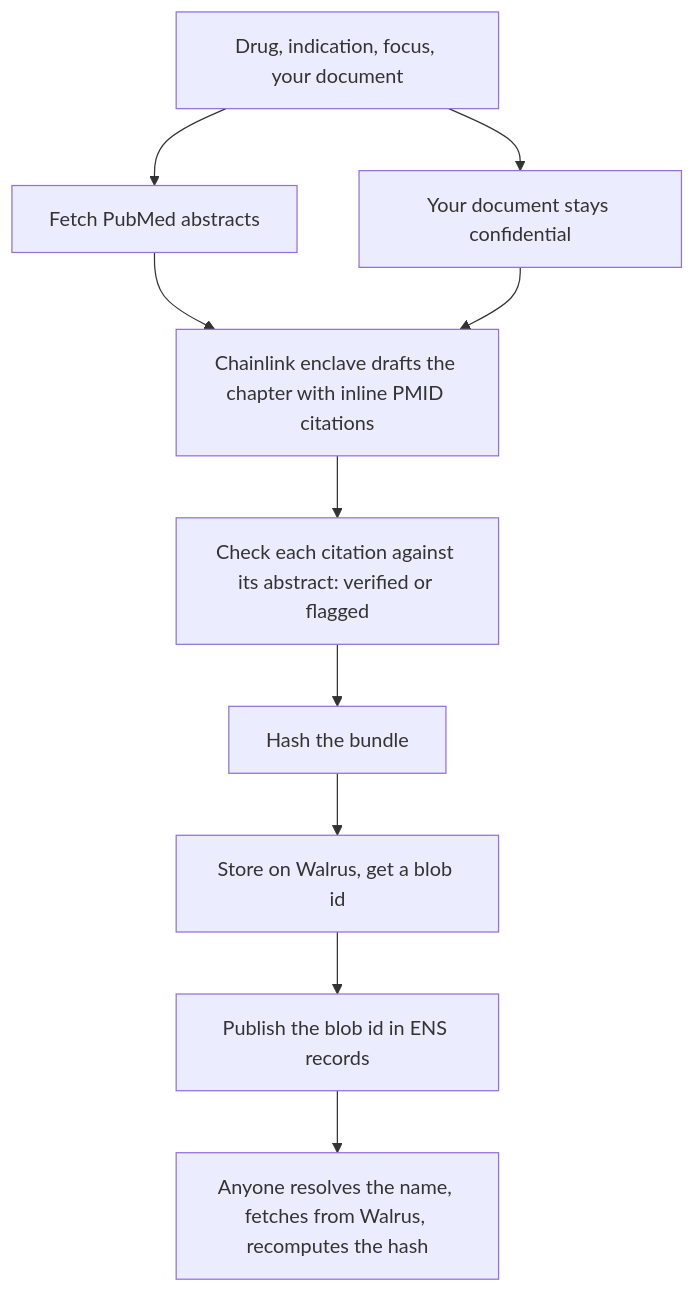
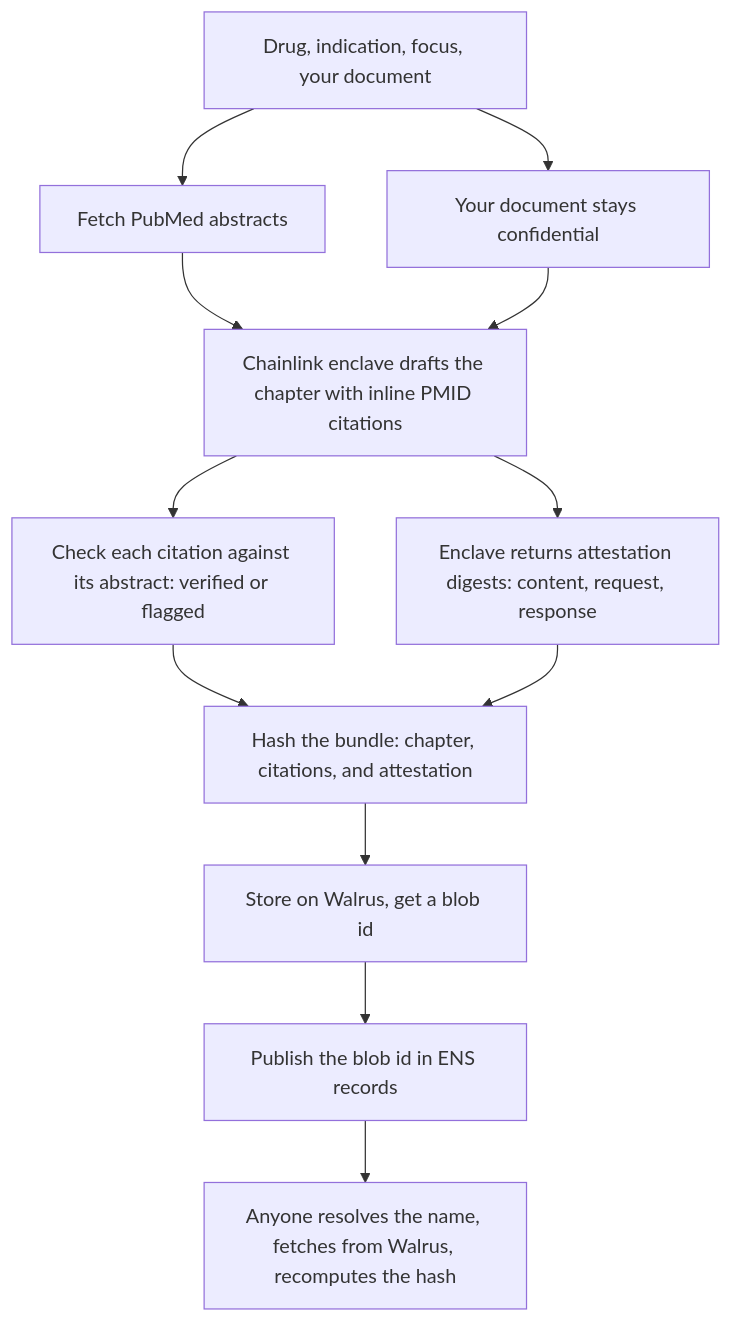
The diagram in README.md (vedantMahangade/heor-provenance), drawn with Mermaid before and after one commit. The commit also changed other lines of this file and 1 other file, not shown here.

Commit message:
Updating diagram

````diff
--- a/README.md
+++ b/README.md
@@ -30,12 +30,14 @@
 ```mermaid
 flowchart TD
     A["Drug, indication, focus, your document"] --> B["Fetch PubMed abstracts"]
     A --> C["Your document stays confidential"]
     B --> D["Chainlink enclave drafts the chapter with inline PMID citations"]
     C --> D
     D --> E["Check each citation against its abstract: verified or flagged"]
-    E --> F["Hash the bundle"]
+    D --> J["Enclave returns attestation digests: content, request, response"]
+    E --> F["Hash the bundle: chapter, citations, and attestation"]
+    J --> F
     F --> G["Store on Walrus, get a blob id"]
     G --> H["Publish the blob id in ENS records"]
     H --> I["Anyone resolves the name, fetches from Walrus, recomputes the hash"]
 ```
````
